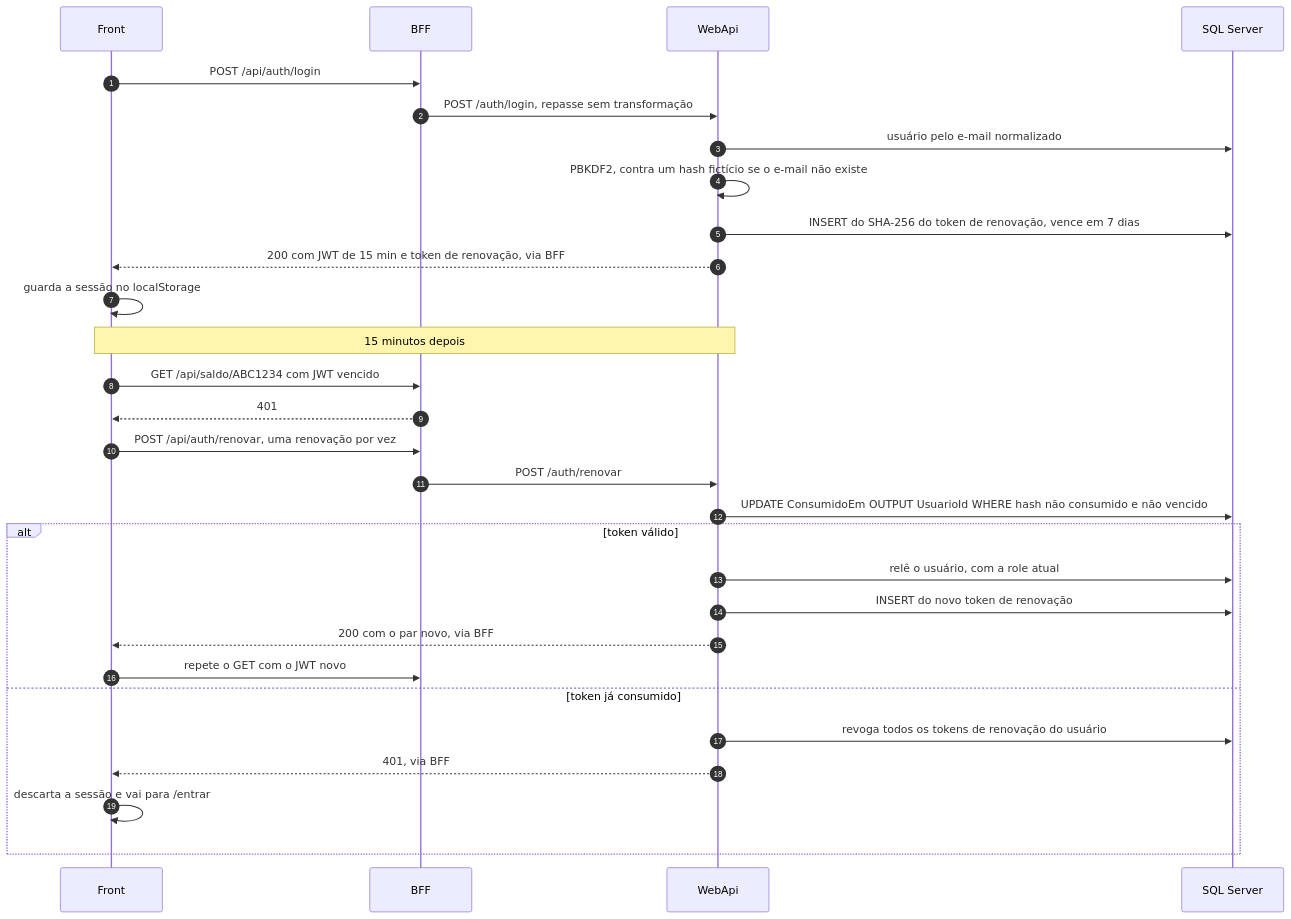
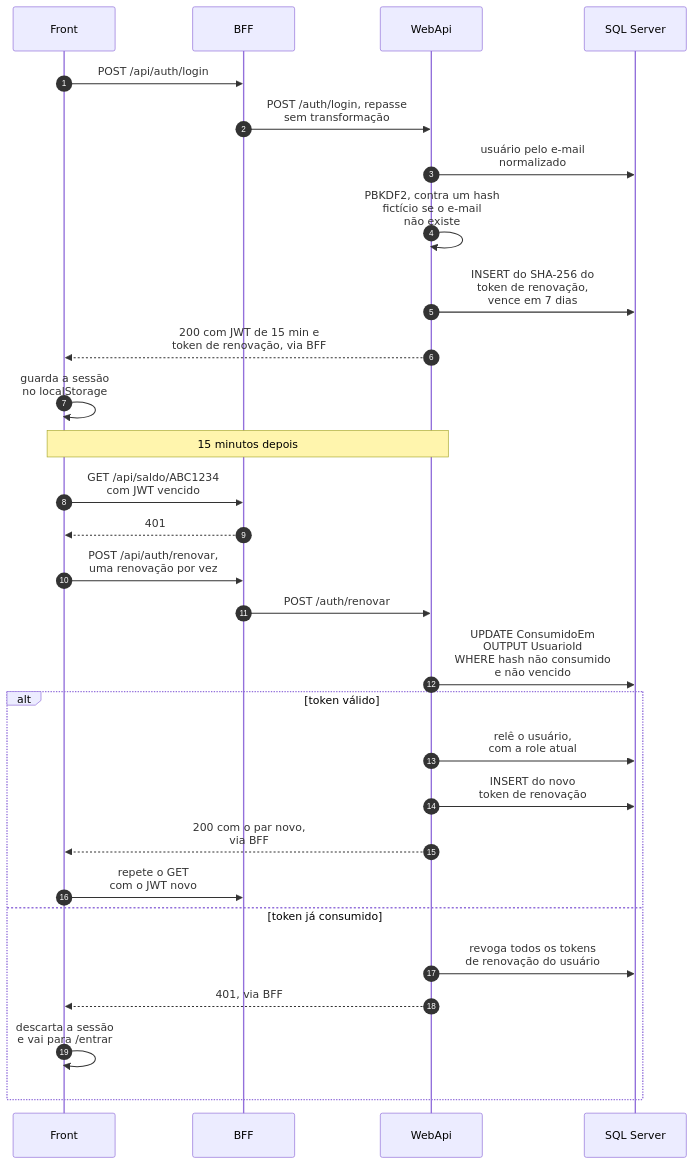
Before and after one commit to michellerodrigues/lancamentos-diarios-poc: diagram 21 of 23 in docs/arquitetura/software/02-c4-componentes-e-codigo.md, drawn with Mermaid. The commit also changed other lines of this file and 45 other files, not shown here.

````diff
--- a/docs/arquitetura/software/02-c4-componentes-e-codigo.md
+++ b/docs/arquitetura/software/02-c4-componentes-e-codigo.md
@@ -842,31 +974,31 @@
 ```mermaid
 sequenceDiagram
     autonumber
     participant F as Front
     participant B as BFF
     participant W as WebApi
     participant DB as SQL Server
     F->>B: POST /api/auth/login
-    B->>W: POST /auth/login, repasse sem transformação
-    W->>DB: usuário pelo e-mail normalizado
-    W->>W: PBKDF2, contra um hash fictício se o e-mail não existe
-    W->>DB: INSERT do SHA-256 do token de renovação, vence em 7 dias
-    W-->>F: 200 com JWT de 15 min e token de renovação, via BFF
-    F->>F: guarda a sessão no localStorage
+    B->>W: POST /auth/login, repasse<br/>sem transformação
+    W->>DB: usuário pelo e-mail<br/>normalizado
+    W->>W: PBKDF2, contra um hash<br/>fictício se o e-mail<br/>não existe
+    W->>DB: INSERT do SHA-256 do<br/>token de renovação,<br/>vence em 7 dias
+    W-->>F: 200 com JWT de 15 min e<br/>token de renovação, via BFF
+    F->>F: guarda a sessão<br/>no localStorage
     Note over F,W: 15 minutos depois
-    F->>B: GET /api/saldo/ABC1234 com JWT vencido
+    F->>B: GET /api/saldo/ABC1234<br/>com JWT vencido
     B-->>F: 401
-    F->>B: POST /api/auth/renovar, uma renovação por vez
+    F->>B: POST /api/auth/renovar,<br/>uma renovação por vez
     B->>W: POST /auth/renovar
-    W->>DB: UPDATE ConsumidoEm OUTPUT UsuarioId WHERE hash não consumido e não vencido
+    W->>DB: UPDATE ConsumidoEm<br/>OUTPUT UsuarioId<br/>WHERE hash não consumido<br/>e não vencido
     alt token válido
-        W->>DB: relê o usuário, com a role atual
-        W->>DB: INSERT do novo token de renovação
-        W-->>F: 200 com o par novo, via BFF
-        F->>B: repete o GET com o JWT novo
+        W->>DB: relê o usuário,<br/>com a role atual
+        W->>DB: INSERT do novo<br/>token de renovação
+        W-->>F: 200 com o par novo,<br/>via BFF
+        F->>B: repete o GET<br/>com o JWT novo
     else token já consumido
-        W->>DB: revoga todos os tokens de renovação do usuário
+        W->>DB: revoga todos os tokens<br/>de renovação do usuário
         W-->>F: 401, via BFF
-        F->>F: descarta a sessão e vai para /entrar
+        F->>F: descarta a sessão<br/>e vai para /entrar
     end
 ```
````
